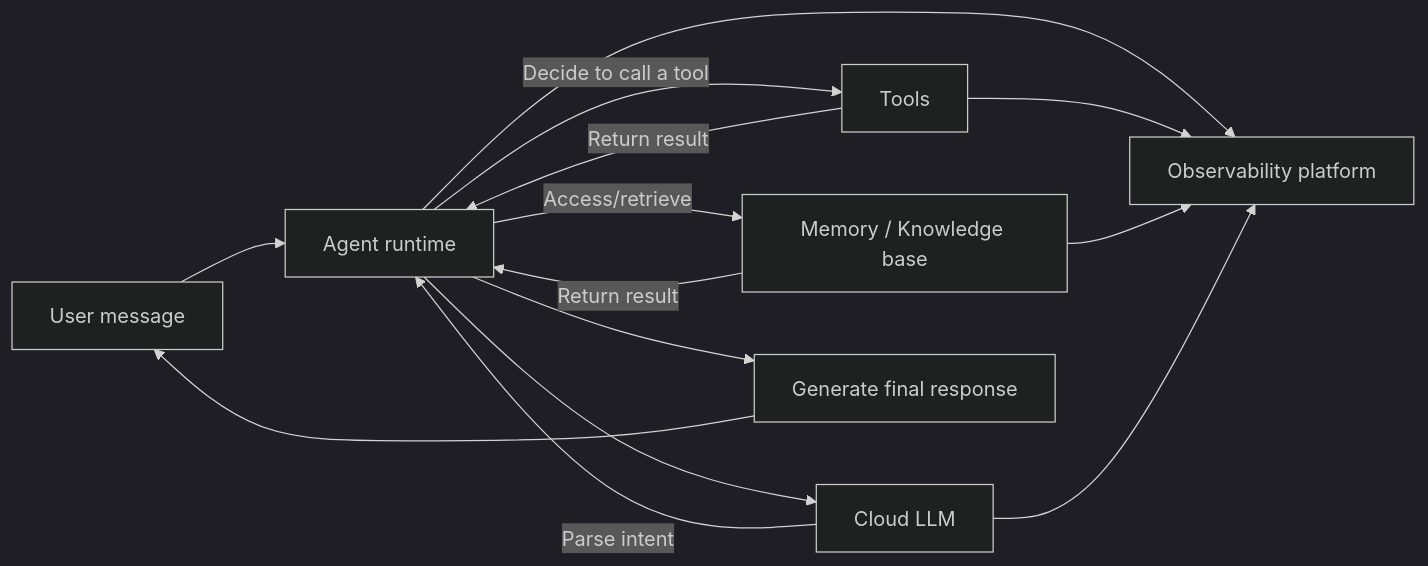
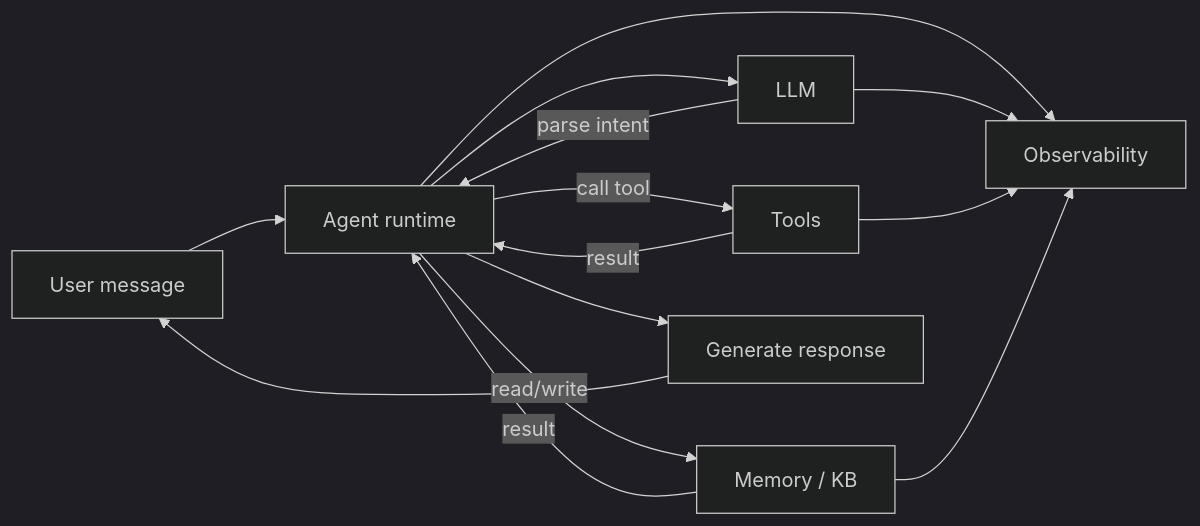
One commit to volcengine/veadk-python changed the second of 2 diagrams in docs/content/docs/framework/introduction.en.mdx. Above: the diagram before and after it, drawn with Mermaid (dark theme). The commit also changed other lines of this file and 117 other files, not shown here.

````diff
--- a/docs/content/docs/framework/introduction.en.mdx
+++ b/docs/content/docs/framework/introduction.en.mdx
@@ -62,21 +48,13 @@
 ```mermaid
 flowchart LR
     A[User message] --> B[Agent runtime]
-
-    B --> C[Cloud LLM]
-    C -->|Parse intent| B
-
-    B -->|Decide to call a tool| D[Tools]
-    D -->|Return result| B
-
-    B -->|Access/retrieve| E[Memory / Knowledge base]
-    E -->|Return result| B
-
-    B --> F[Generate final response]
+    B --> C[LLM]
+    C -->|parse intent| B
+    B -->|call tool| D[Tools]
+    D -->|result| B
+    B -->|read/write| E[Memory / KB]
+    E -->|result| B
+    B --> F[Generate response]
     F --> A
-
-    B --> G[Observability platform]
-    D --> G
-    E --> G
-    C --> G
+    B & C & D & E --> G[Observability]
 ```
````
